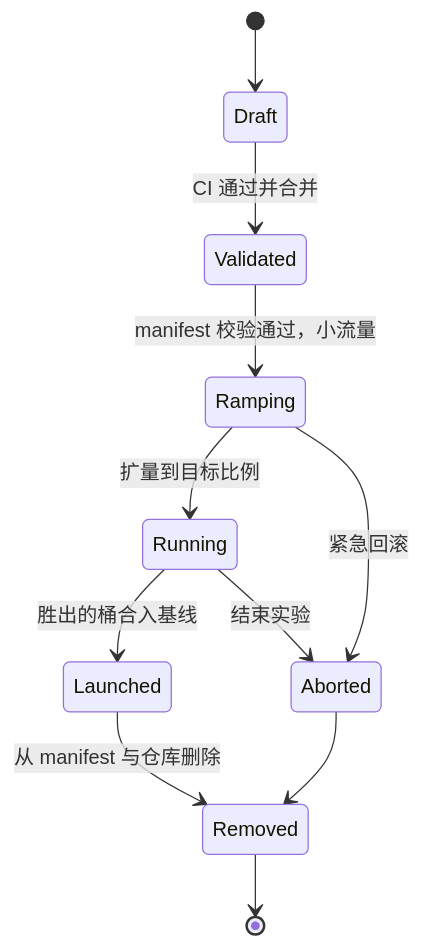
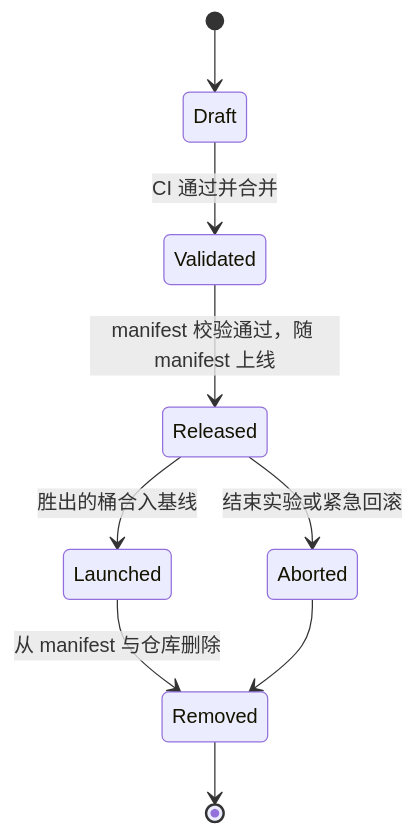
Before and after one commit to WAcry/StrataRec: the sixth of 7 diagrams in docs/design.md, drawn with Mermaid. The commit also changed other lines of this file and 2 other files, not shown here.

````diff
--- a/docs/design.md
+++ b/docs/design.md
@@ -1964,13 +1958,11 @@
 ```mermaid
 stateDiagram-v2
     [*] --> Draft
     Draft --> Validated: CI 通过并合并
-    Validated --> Ramping: manifest 校验通过，小流量
-    Ramping --> Running: 扩量到目标比例
-    Running --> Launched: 胜出的桶合入基线
-    Running --> Aborted: 结束实验
-    Ramping --> Aborted: 紧急回滚
+    Validated --> Released: manifest 校验通过，随 manifest 上线
+    Released --> Launched: 胜出的桶合入基线
+    Released --> Aborted: 结束实验或紧急回滚
     Launched --> Removed: 从 manifest 与仓库删除
     Aborted --> Removed
     Removed --> [*]
 ```
````
